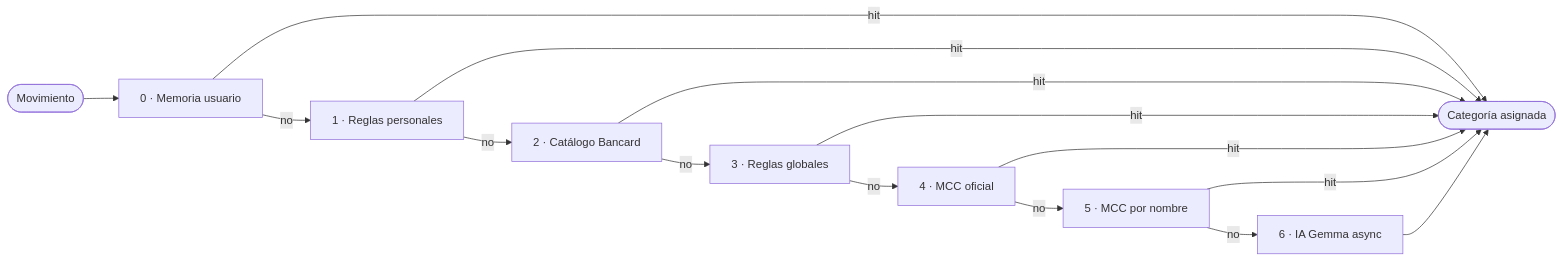
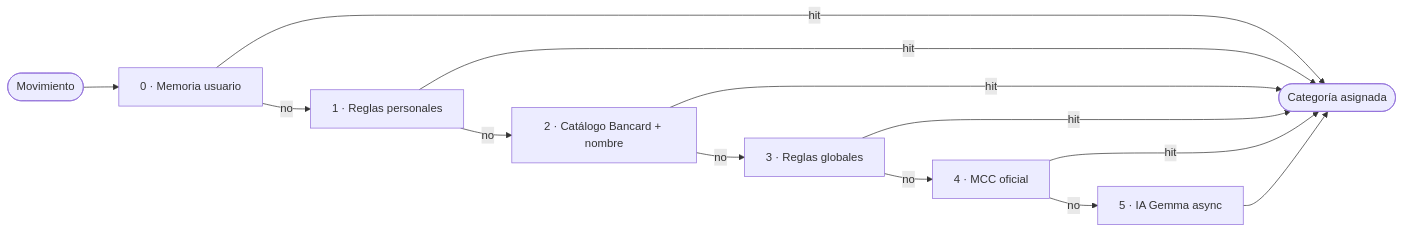
The first of 2 diagrams in README.md (anegri93/tagger), drawn with Mermaid before and after one commit. The commit also changed other lines of this file and 5 other files, not shown here.

````diff
--- a/README.md
+++ b/README.md
@@ -73,17 +72,15 @@
 ```mermaid
 flowchart LR
     IN([Movimiento]) --> C0[0 · Memoria usuario]
     C0 -->|hit| OK([Categoría asignada])
     C0 -->|no| C1[1 · Reglas personales]
     C1 -->|hit| OK
-    C1 -->|no| C2[2 · Catálogo Bancard]
+    C1 -->|no| C2[2 · Catálogo Bancard + nombre]
     C2 -->|hit| OK
     C2 -->|no| C3[3 · Reglas globales]
     C3 -->|hit| OK
     C3 -->|no| C4[4 · MCC oficial]
     C4 -->|hit| OK
-    C4 -->|no| C5[5 · MCC por nombre]
-    C5 -->|hit| OK
-    C5 -->|no| C6[6 · IA Gemma async]
-    C6 --> OK
+    C4 -->|no| C5[5 · IA Gemma async]
+    C5 --> OK
 ```
````
